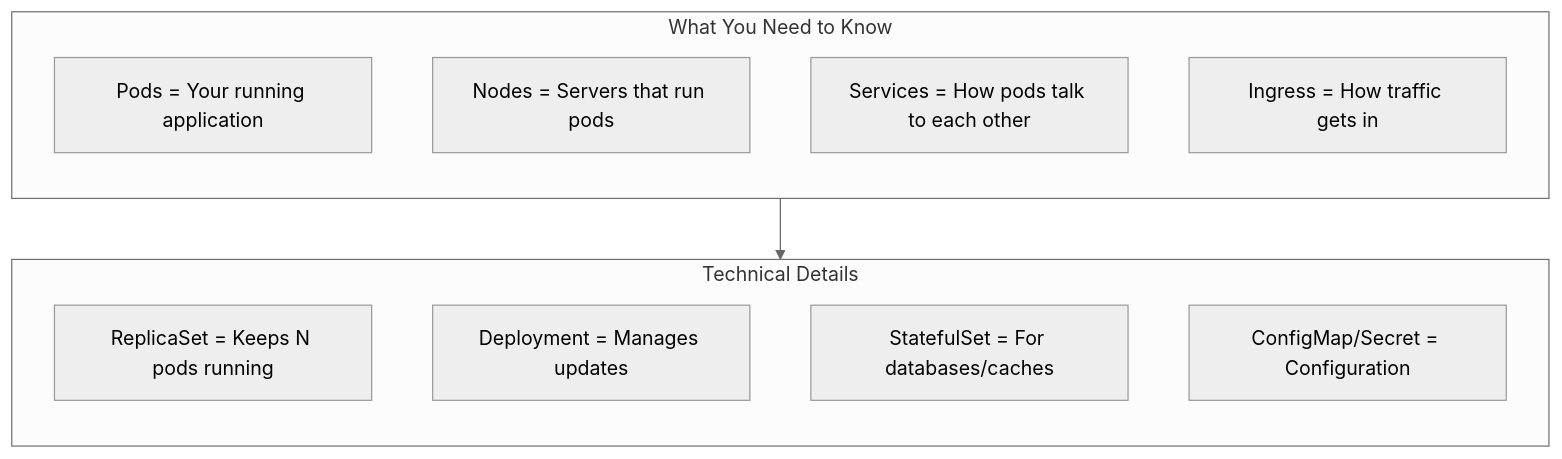
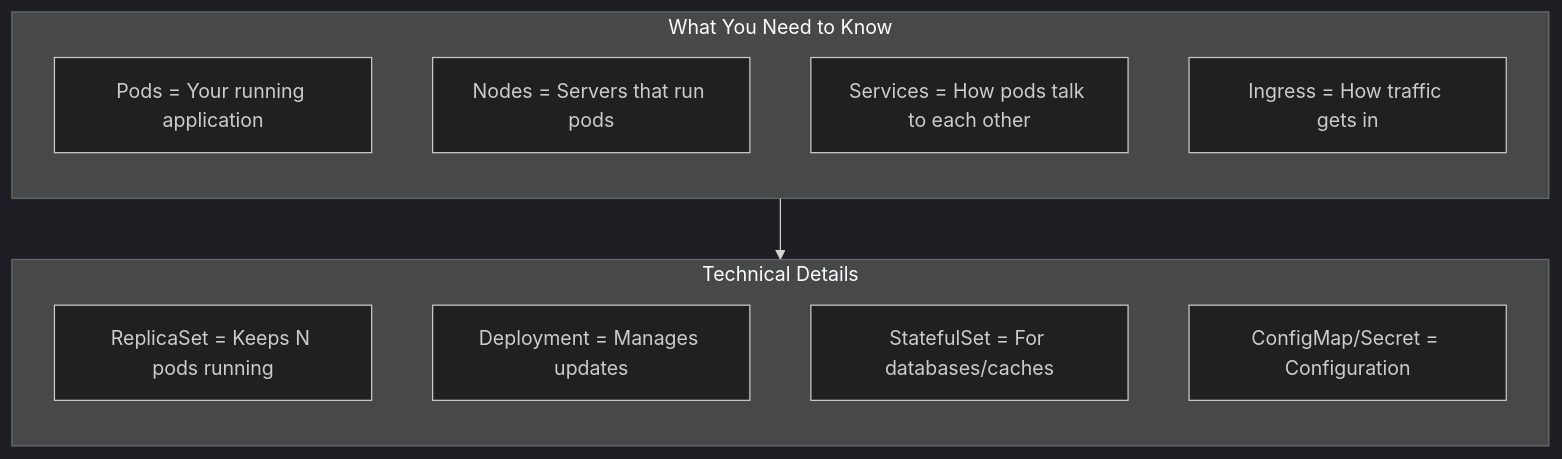
One commit to aldea-ai/infrastructure-docs changed the fifth of 8 diagrams in diagrams/eks-architecture.md. Above: the diagram before and after it, drawn with Mermaid. The commit also changed other lines of this file and 2 other files, not shown here.

Commit message:
Use dark theme for proper dark mode rendering

````diff
--- a/diagrams/eks-architecture.md
+++ b/diagrams/eks-architecture.md
@@ -179,21 +179,21 @@
 ```mermaid
-%%{init: {'theme': 'neutral'}}%%
+%%{init: {'theme': 'dark'}}%%
 flowchart TB
     subgraph Simple["What You Need to Know"]
         direction TB
         S1[Pods = Your running application]
         S2[Nodes = Servers that run pods]
         S3[Services = How pods talk to each other]
         S4[Ingress = How traffic gets in]
     end
 
     subgraph Technical["Technical Details"]
         direction TB
         T1[ReplicaSet = Keeps N pods running]
         T2[Deployment = Manages updates]
         T3[StatefulSet = For databases/caches]
         T4[ConfigMap/Secret = Configuration]
     end
 
     Simple --> Technical
 ```
````
